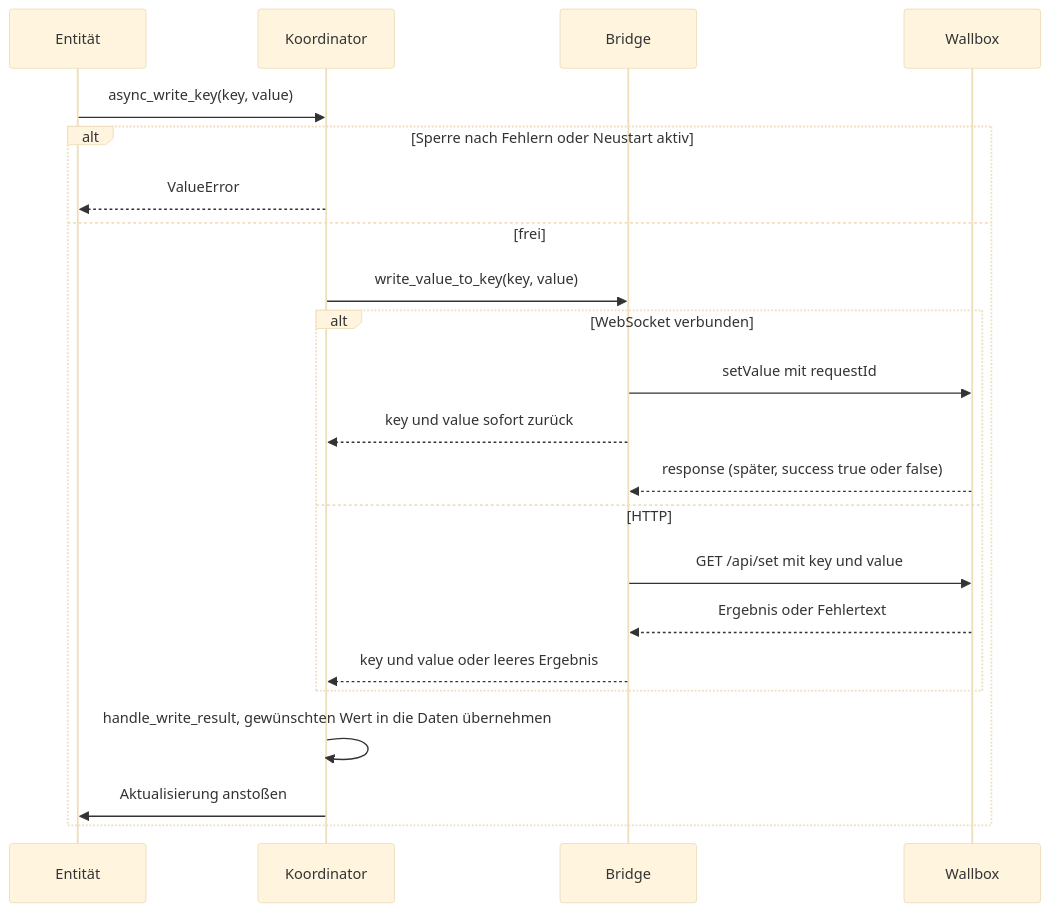
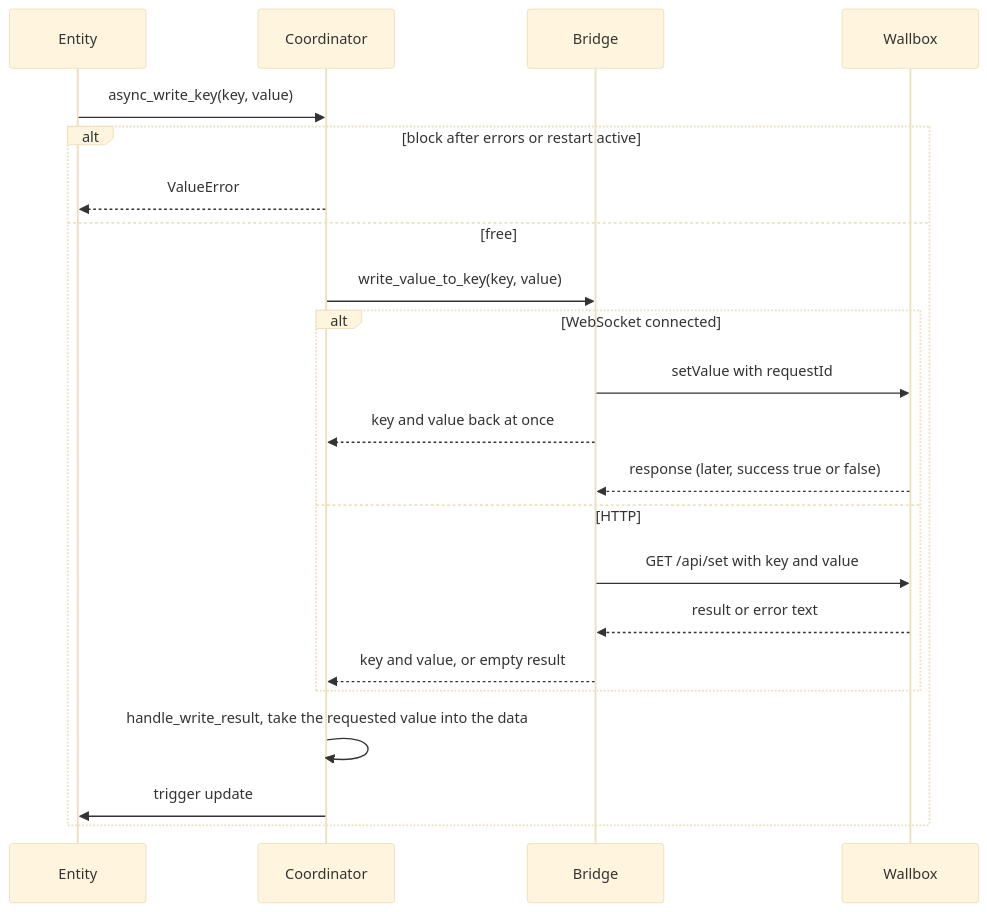
Before and after one commit to OliEder/ha-goecharger-api2: the fifth of 12 diagrams in docs/architecture/arc42-ha-goecharger-api2.md, drawn with Mermaid (base theme). The commit also changed other lines of this file and 89 other files, not shown here.

````diff
--- a/docs/architecture/arc42-ha-goecharger-api2.md
+++ b/docs/architecture/arc42-ha-goecharger-api2.md
@@ -303,24 +303,24 @@
 ```mermaid
 sequenceDiagram
-    participant E as Entität
-    participant C as Koordinator
+    participant E as Entity
+    participant C as Coordinator
     participant B as Bridge
     participant W as Wallbox
     E->>C: async_write_key(key, value)
-    alt Sperre nach Fehlern oder Neustart aktiv
+    alt block after errors or restart active
         C-->>E: ValueError
-    else frei
+    else free
         C->>B: write_value_to_key(key, value)
-        alt WebSocket verbunden
-            B->>W: setValue mit requestId
-            B-->>C: key und value sofort zurück
-            W-->>B: response (später, success true oder false)
+        alt WebSocket connected
+            B->>W: setValue with requestId
+            B-->>C: key and value back at once
+            W-->>B: response (later, success true or false)
         else HTTP
-            B->>W: GET /api/set mit key und value
-            W-->>B: Ergebnis oder Fehlertext
-            B-->>C: key und value oder leeres Ergebnis
+            B->>W: GET /api/set with key and value
+            W-->>B: result or error text
+            B-->>C: key and value, or empty result
         end
-        C->>C: handle_write_result, gewünschten Wert in die Daten übernehmen
-        C->>E: Aktualisierung anstoßen
+        C->>C: handle_write_result, take the requested value into the data
+        C->>E: trigger update
     end
 ```
````
